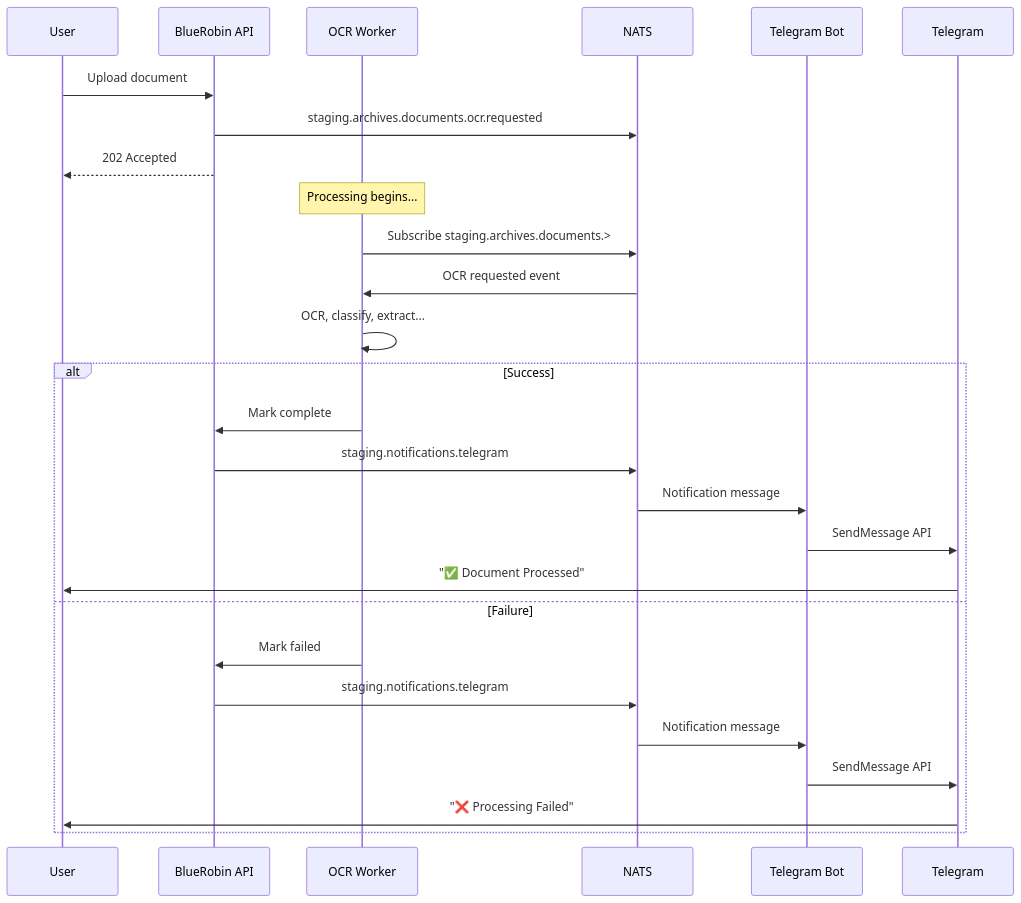
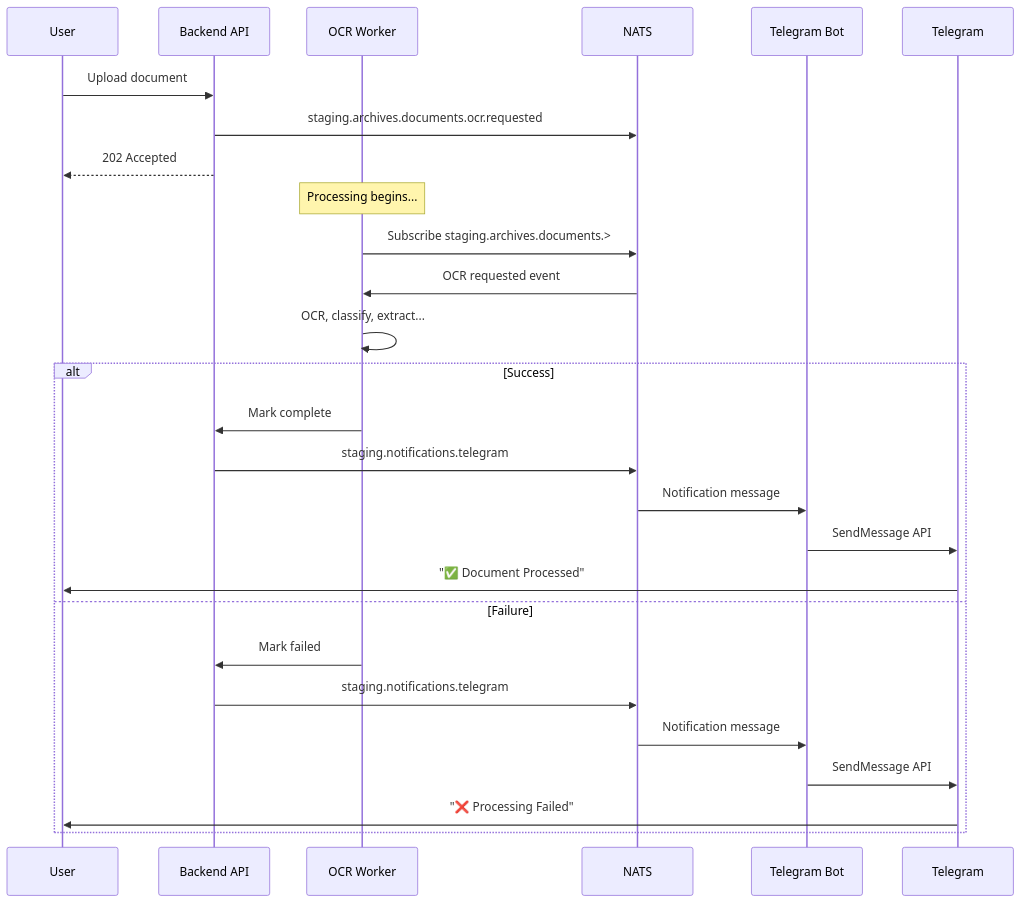
One commit to viktorrobin/bluerobin-blog changed the second of 2 diagrams in src/content/blog/telegram-nats-notification-flow.mdx. Above: the diagram before and after it, drawn with Mermaid. The commit also changed other lines of this file and 111 other files, not shown here.

````diff
--- a/src/content/blog/telegram-nats-notification-flow.mdx
+++ b/src/content/blog/telegram-nats-notification-flow.mdx
@@ -462,32 +462,32 @@
 ```mermaid
 sequenceDiagram
     participant User
-    participant API as BlueRobin API
+    participant API as Backend API
     participant Worker as OCR Worker
     participant NATS
     participant Bot as Telegram Bot
     participant TG as Telegram
     
     User->>API: Upload document
     API->>NATS: staging.archives.documents.ocr.requested
     API-->>User: 202 Accepted
     
     Note over Worker: Processing begins...
     Worker->>NATS: Subscribe staging.archives.documents.>
     NATS->>Worker: OCR requested event
     Worker->>Worker: OCR, classify, extract...
     
     alt Success
         Worker->>API: Mark complete
         API->>NATS: staging.notifications.telegram
         NATS->>Bot: Notification message
         Bot->>TG: SendMessage API
         TG->>User: "✅ Document Processed"
     else Failure
         Worker->>API: Mark failed
         API->>NATS: staging.notifications.telegram
         NATS->>Bot: Notification message
         Bot->>TG: SendMessage API
         TG->>User: "❌ Processing Failed"
     end
 ```
````
